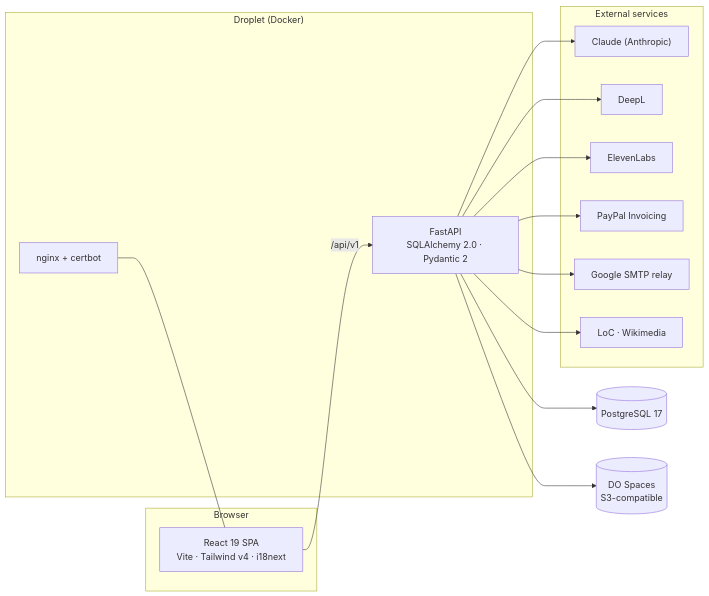
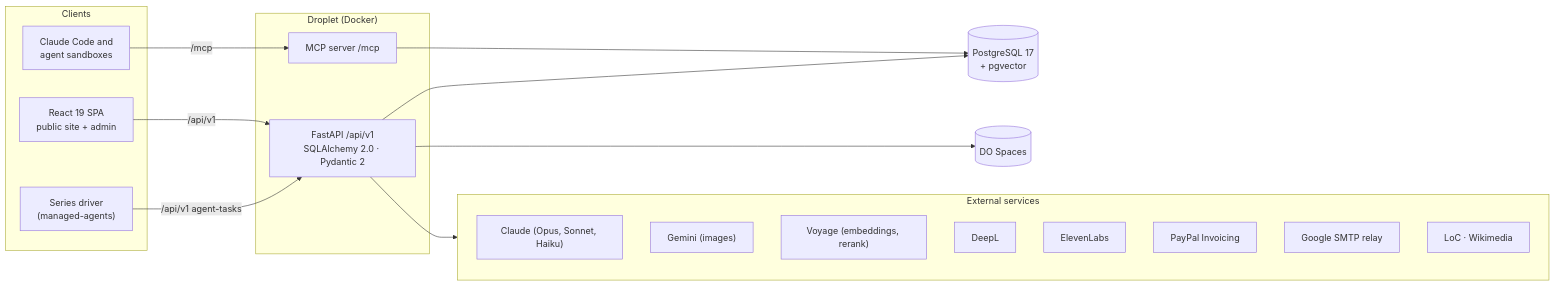
One commit to wanderindev/ai-powered-content-generation-engine changed the diagram in docs/README.md. Above: the diagram before and after it, drawn with Mermaid. The commit also changed other lines of this file and 441 other files, not shown here.

````diff
--- a/docs/README.md
+++ b/docs/README.md
@@ -39,26 +44,32 @@
 ```mermaid
 flowchart LR
-    subgraph Client["Browser"]
-        SPA["React 19 SPA<br/>Vite · Tailwind v4 · i18next"]
+    subgraph Clients["Clients"]
+        SPA["React 19 SPA<br/>public site + admin"]
+        Driver["Series driver<br/>(managed-agents)"]
+        MCPC["Claude Code and<br/>agent sandboxes"]
     end
     subgraph Server["Droplet (Docker)"]
-        API["FastAPI<br/>SQLAlchemy 2.0 · Pydantic 2"]
-        NGINX["nginx + certbot"]
+        API["FastAPI /api/v1<br/>SQLAlchemy 2.0 · Pydantic 2"]
+        MCP["MCP server /mcp"]
     end
-    DB[("PostgreSQL 17")]
-    Spaces[("DO Spaces<br/>S3-compatible")]
+    DB[("PostgreSQL 17<br/>+ pgvector")]
+    Spaces[("DO Spaces")]
     subgraph Ext["External services"]
-        Claude["Claude (Anthropic)"]
+        Claude["Claude (Opus, Sonnet, Haiku)"]
+        Gemini["Gemini (images)"]
+        Voyage["Voyage (embeddings, rerank)"]
         DeepL["DeepL"]
         Eleven["ElevenLabs"]
         PayPal["PayPal Invoicing"]
         SMTP["Google SMTP relay"]
         Sources["LoC · Wikimedia"]
     end
 
     SPA -->|"/api/v1"| API
-    NGINX --- SPA
+    Driver -->|"/api/v1 agent-tasks"| API
+    MCPC -->|"/mcp"| MCP
+    MCP --> DB
     API --> DB
     API --> Spaces
-    API --> Claude & DeepL & Eleven & PayPal & SMTP & Sources
+    API --> Ext
 ```
````
